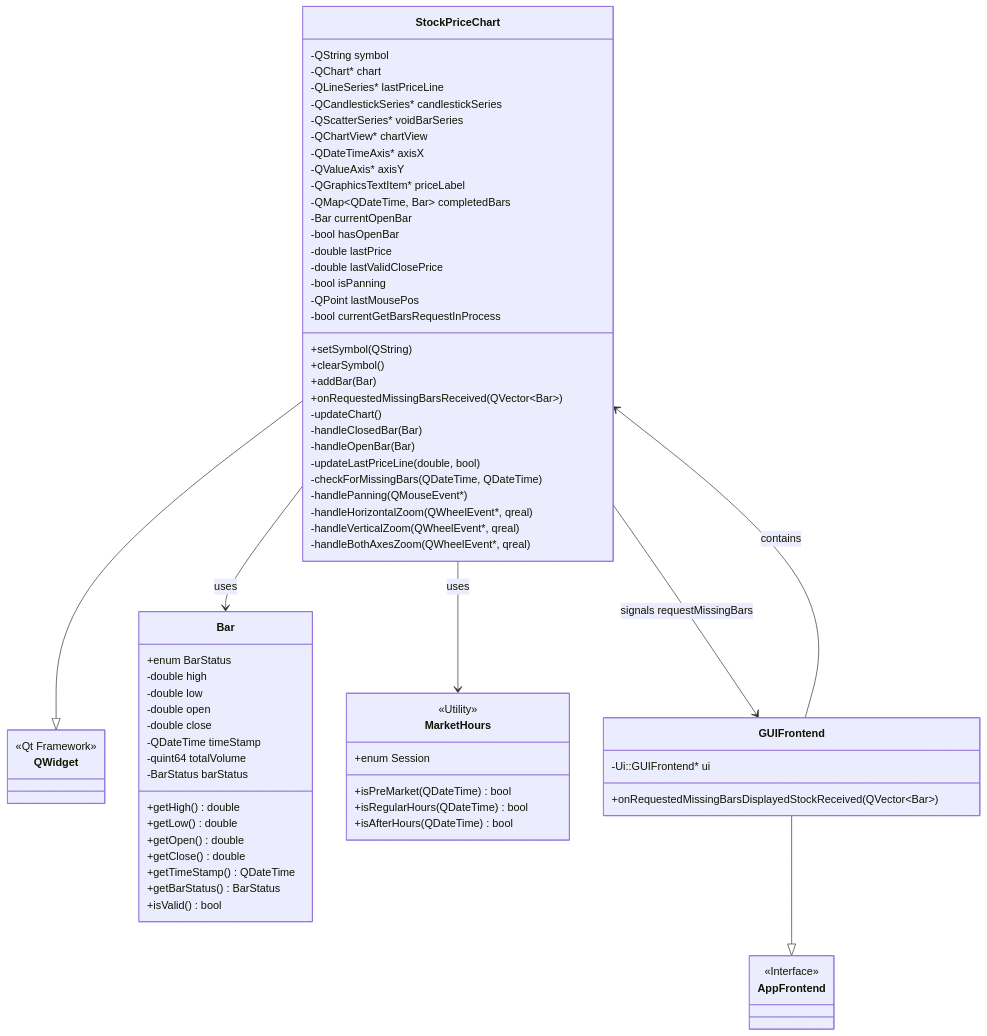
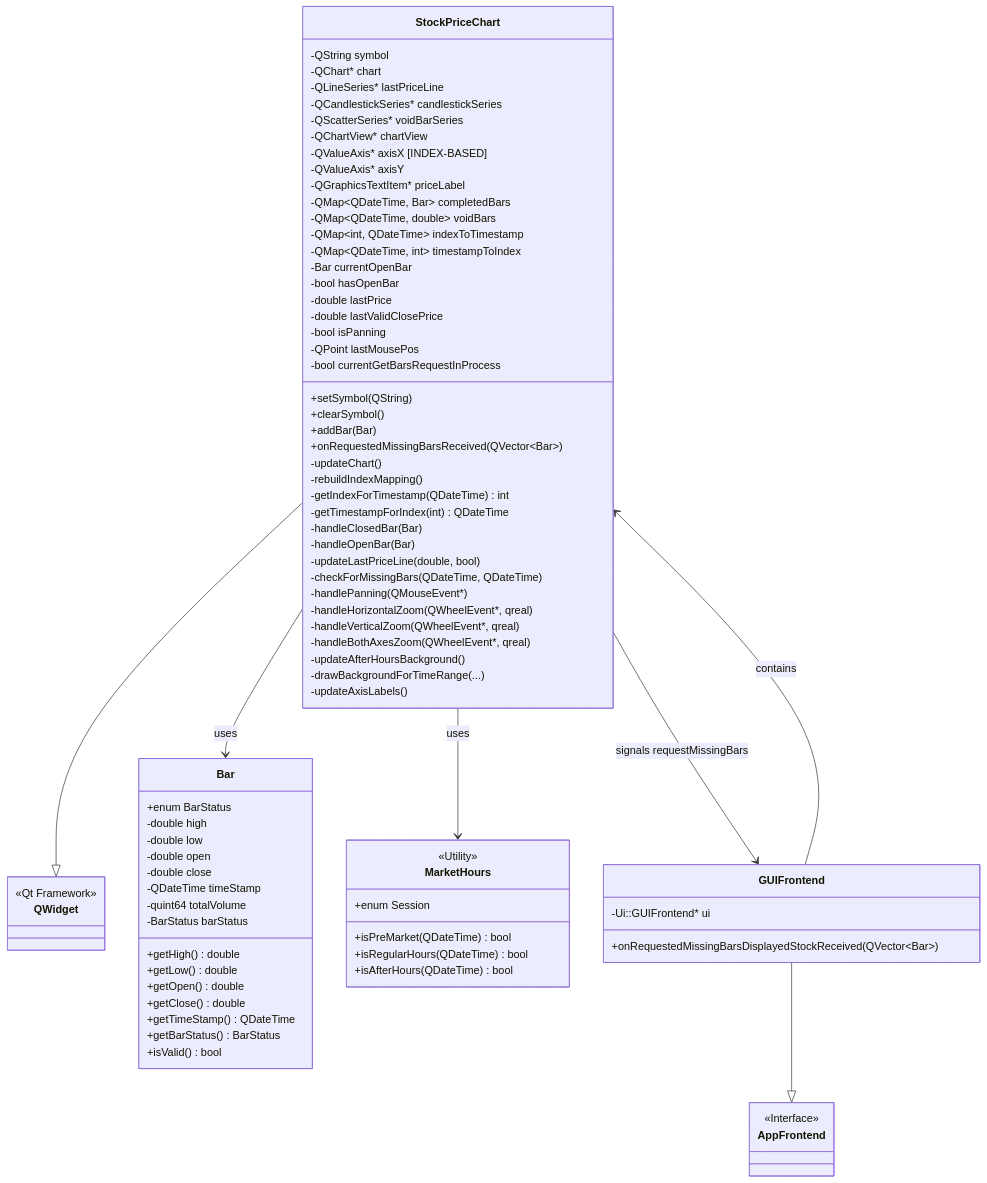
The first of 17 diagrams in Doc/StockPriceChart_Architecture.md (simonbeaudoin0935/OpenTraderPlatform), drawn with Mermaid before and after one commit. The commit also changed other lines of this file, not shown here.

Commit message:
Update StockPriceChart architecture documentation for index-based system

```diff
--- a/Doc/StockPriceChart_Architecture.md
+++ b/Doc/StockPriceChart_Architecture.md
@@ -38,10 +106,13 @@
         -QCandlestickSeries* candlestickSeries
         -QScatterSeries* voidBarSeries
         -QChartView* chartView
-        -QDateTimeAxis* axisX
+        -QValueAxis* axisX  [INDEX-BASED]
         -QValueAxis* axisY
         -QGraphicsTextItem* priceLabel
         -QMap~QDateTime, Bar~ completedBars
+        -QMap~QDateTime, double~ voidBars
+        -QMap~int, QDateTime~ indexToTimestamp
+        -QMap~QDateTime, int~ timestampToIndex
         -Bar currentOpenBar
         -bool hasOpenBar
         -double lastPrice
@@ -55,6 +126,9 @@
         +addBar(Bar)
         +onRequestedMissingBarsReceived(QVector~Bar~)
         -updateChart()
+        -rebuildIndexMapping()
+        -getIndexForTimestamp(QDateTime) int
+        -getTimestampForIndex(int) QDateTime
         -handleClosedBar(Bar)
         -handleOpenBar(Bar)
         -updateLastPriceLine(double, bool)
@@ -63,6 +137,9 @@
         -handleHorizontalZoom(QWheelEvent*, qreal)
         -handleVerticalZoom(QWheelEvent*, qreal)
         -handleBothAxesZoom(QWheelEvent*, qreal)
+        -updateAfterHoursBackground()
+        -drawBackgroundForTimeRange(...)
+        -updateAxisLabels()
     }
     
     class QWidget {
```
